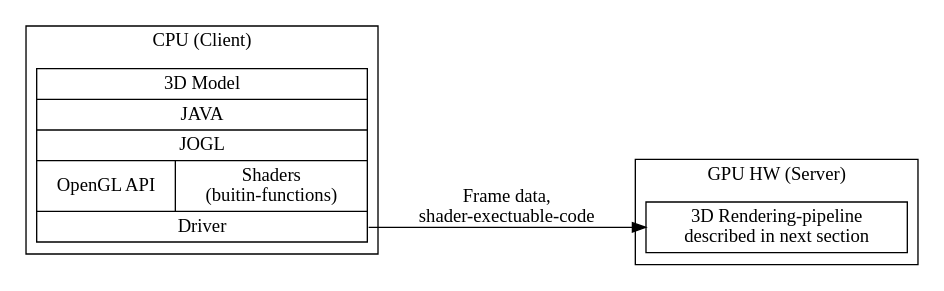
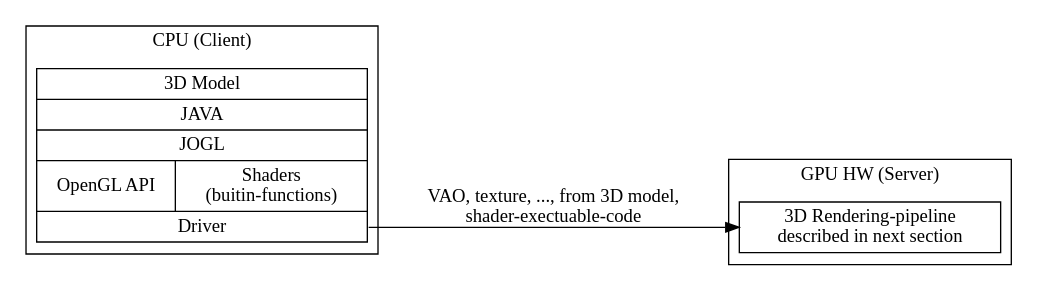
Before and after one commit to Jonathan2251/lbd: the diagram in Fig/gpu/graphic-sw-stack.gv, drawn with Graphviz. The commit also changed 1 other file, not shown here.

Commit message:
gpu.rst: VAO

```diff
--- a/Fig/gpu/graphic-sw-stack.gv
+++ b/Fig/gpu/graphic-sw-stack.gv
@@ -1,17 +1,17 @@
 digraph G {
   rankdir=LR;
   
   compound=true;
   node [shape=record];
   subgraph cluster_cpu {
     label = "CPU (Client)";
     CPU_SW [label=" 3D Model | JAVA | JOGL | { OpenGL API | Shaders \n (buitin-functions)} | <f1> Driver"];
   }
   subgraph cluster_gpu {
     label = "GPU HW (Server)"
     GPU_SW [label="<f1> 3D Rendering-pipeline \ndescribed in next section"];
   }
-  CPU_SW:f1 -> GPU_SW:f1 [label=" Frame data, \n shader-exectuable-code"];
+  CPU_SW:f1 -> GPU_SW:f1 [label=" VAO, texture, ..., from 3D model, \n shader-exectuable-code"];
     
 //  label = "Graphic SW Stack";
 }
```
